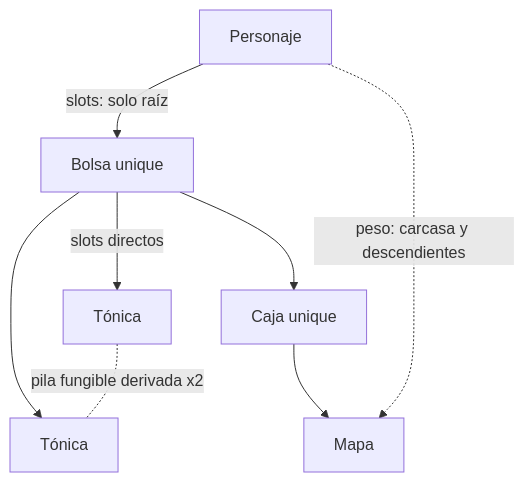
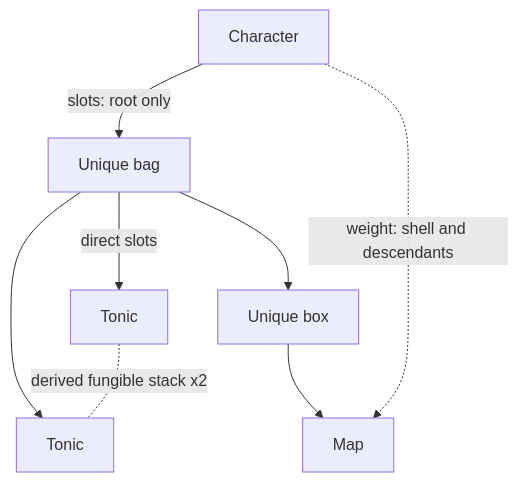
The second of 2 diagrams in docs/world-authoring.md (hyukudan/tiamud), drawn with Mermaid before and after one commit. The commit also changed other lines of this file and 11 other files, not shown here.

````diff
--- a/docs/world-authoring.md
+++ b/docs/world-authoring.md
@@ -532,10 +528,10 @@
 ```mermaid
 flowchart TD
-    Character[Personaje] -->|slots: solo raíz| Bag[Bolsa unique]
-    Bag -->|slots directos| TonicA[Tónica]
-    Bag --> TonicB[Tónica]
-    Bag --> Box[Caja unique]
-    Box --> Map[Mapa]
-    TonicA -. pila fungible derivada x2 .- TonicB
-    Character -. peso: carcasa y descendientes .-> Map
+    Character[Character] -->|slots: root only| Bag[Unique bag]
+    Bag -->|direct slots| TonicA[Tonic]
+    Bag --> TonicB[Tonic]
+    Bag --> Box[Unique box]
+    Box --> Map[Map]
+    TonicA -. derived fungible stack x2 .- TonicB
+    Character -. weight: shell and descendants .-> Map
 ```
````
